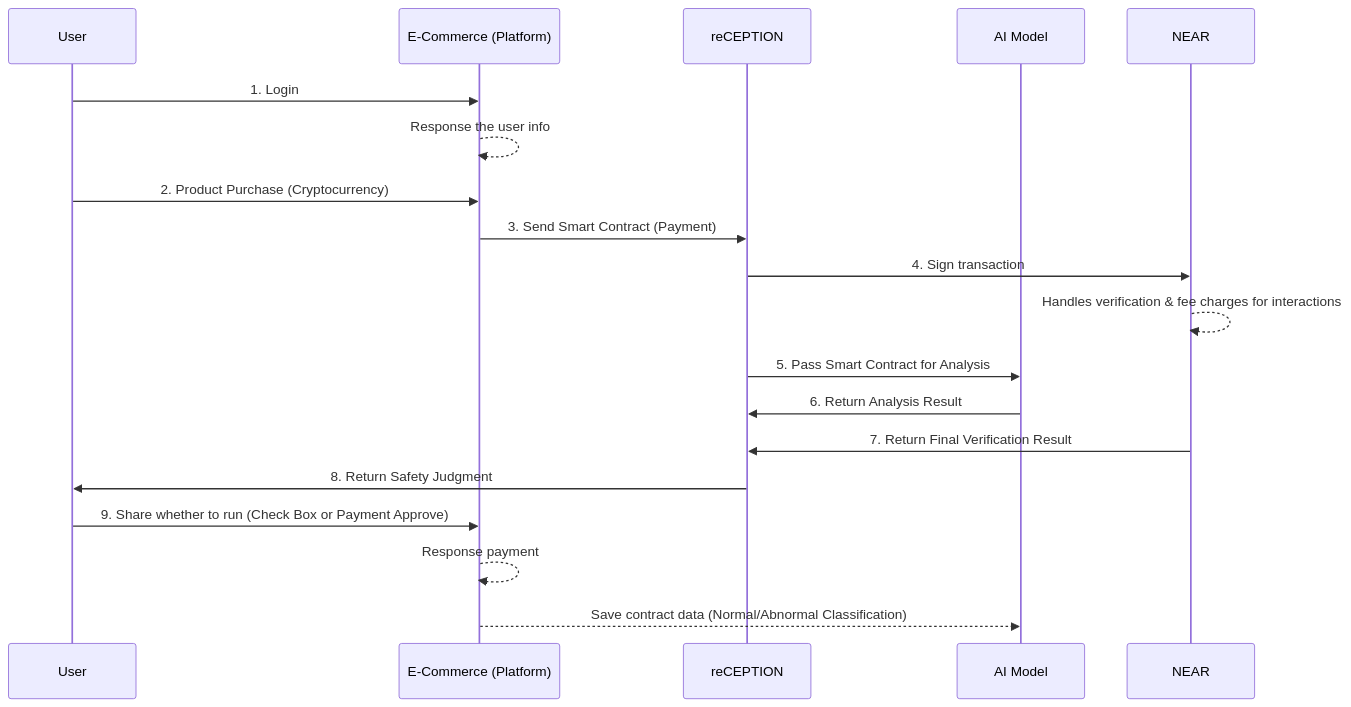
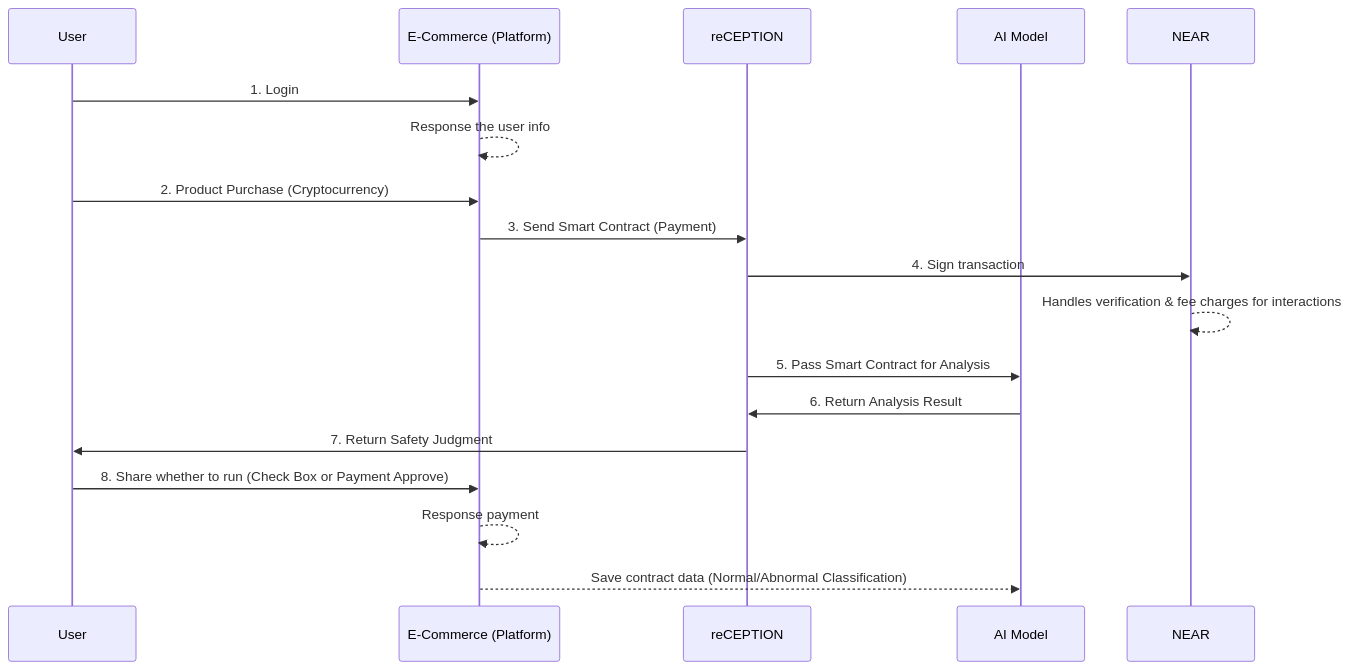
One commit to Julius-Ky/reCeption changed the first of 3 diagrams in README.md. Above: the diagram before and after it, drawn with Mermaid. The commit also changed other lines of this file, not shown here.

````diff
--- a/README.md
+++ b/README.md
@@ -62,22 +62,21 @@
 ```mermaid
 sequenceDiagram
 participant User
 participant E-Commerce as E-Commerce (Platform)
 participant reCEPTION
 participant AI as AI Model
 participant NEAR
 
 User ->> E-Commerce: 1. Login
 E-Commerce -->> E-Commerce: Response the user info
 User ->> E-Commerce: 2. Product Purchase (Cryptocurrency)
 E-Commerce ->> reCEPTION: 3. Send Smart Contract (Payment)
 reCEPTION ->> NEAR: 4. Sign transaction
 NEAR -->> NEAR: Handles verification & fee charges for interactions
 reCEPTION ->> AI: 5. Pass Smart Contract for Analysis
 AI ->> reCEPTION: 6. Return Analysis Result
-NEAR ->> reCEPTION: 7. Return Final Verification Result
-reCEPTION ->> User: 8. Return Safety Judgment
-User ->> E-Commerce: 9. Share whether to run (Check Box or Payment Approve)
+reCEPTION ->> User: 7. Return Safety Judgment
+User ->> E-Commerce: 8. Share whether to run (Check Box or Payment Approve)
 E-Commerce -->> E-Commerce: Response payment
 E-Commerce -->> AI: Save contract data (Normal/Abnormal Classification)
 ```
````
